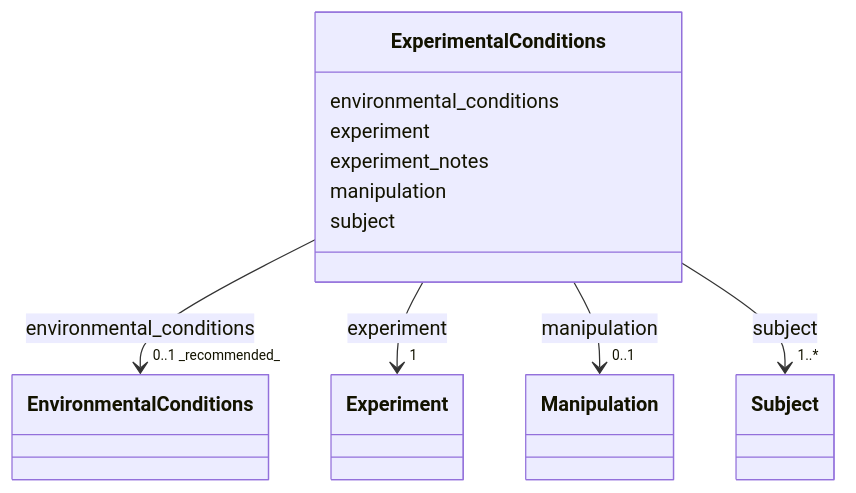
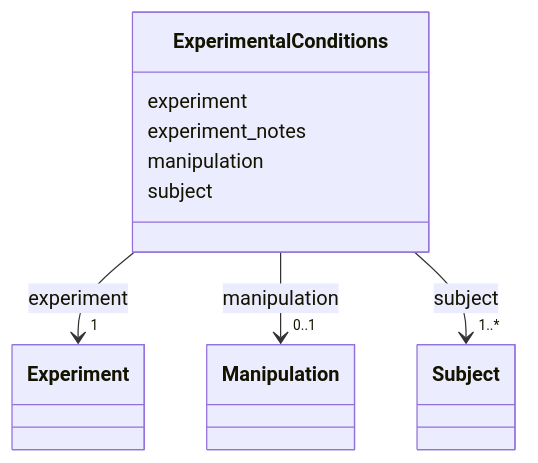
One commit to Helmholtz-UFZ/BeStMeta changed the diagram in docs/ExperimentalConditions.md. Above: the diagram before and after it, drawn with Mermaid. The commit also changed other lines of this file and 9 other files, not shown here.

Commit message:
minor chnages in the schema and chnaged the figure

````diff
--- a/docs/ExperimentalConditions.md
+++ b/docs/ExperimentalConditions.md
@@ -25,52 +25,41 @@
 ```mermaid
  classDiagram
     class ExperimentalConditions
     click ExperimentalConditions href "../ExperimentalConditions/"
-      ExperimentalConditions : environmental_conditions
-        
-          
-    
-        
-        
-        ExperimentalConditions --> "0..1 _recommended_" EnvironmentalConditions : environmental_conditions
-        click EnvironmentalConditions href "../EnvironmentalConditions/"
-    
-
-        
       ExperimentalConditions : experiment
         
           
     
         
         
         ExperimentalConditions --> "1" Experiment : experiment
         click Experiment href "../Experiment/"
     
 
         
       ExperimentalConditions : experiment_notes
         
       ExperimentalConditions : manipulation
         
           
     
         
         
         ExperimentalConditions --> "0..1" Manipulation : manipulation
         click Manipulation href "../Manipulation/"
     
 
         
       ExperimentalConditions : subject
         
           
     
         
         
         ExperimentalConditions --> "1..*" Subject : subject
         click Subject href "../Subject/"
     
 
         
       
 ```
````
